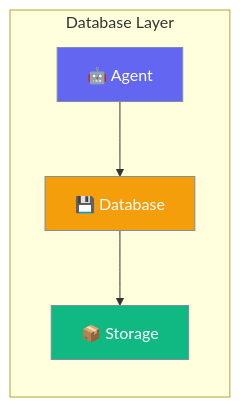
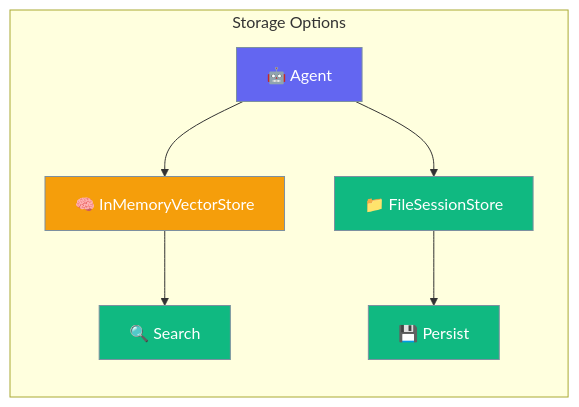
The first of 2 diagrams in docs/rust/database.mdx (MervinPraison/PraisonAIDocs), drawn with Mermaid before and after one commit. The commit also changed other lines of this file and 87 other files, not shown here.

````diff
--- a/docs/rust/database.mdx
+++ b/docs/rust/database.mdx
@@ -10,15 +10,17 @@
 ```mermaid
 graph LR
-    subgraph "Database Layer"
-        A[🤖 Agent] --> D[💾 Database]
-        D --> S[📦 Storage]
+    subgraph "Storage Options"
+        A[🤖 Agent] --> M[🧠 InMemoryVectorStore]
+        A --> F[📁 FileSessionStore]
+        M --> Q[🔍 Search]
+        F --> P[💾 Persist]
     end
     
     classDef agent fill:#6366F1,stroke:#7C90A0,color:#fff
-    classDef db fill:#F59E0B,stroke:#7C90A0,color:#fff
-    classDef storage fill:#10B981,stroke:#7C90A0,color:#fff
+    classDef memory fill:#F59E0B,stroke:#7C90A0,color:#fff
+    classDef file fill:#10B981,stroke:#7C90A0,color:#fff
     
     class A agent
-    class D db
-    class S storage
+    class M memory
+    class F,Q,P file
 ```
````
